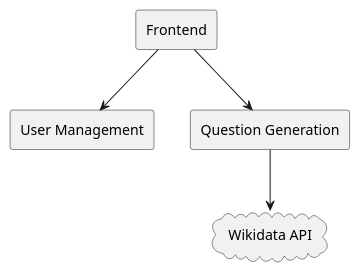
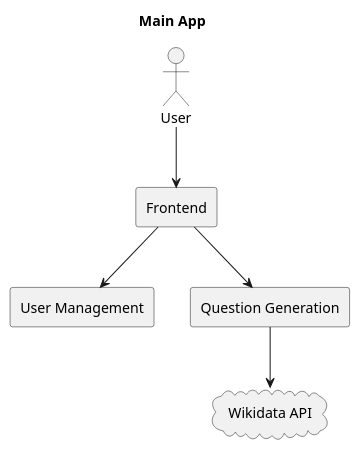
Before and after one commit to UO289930/wiq_en3a: the second of 3 diagrams in docs/src/05_building_block_view.adoc, drawn with PlantUML. The commit also changed other lines of this file and 1 other file, not shown here.

```diff
--- a/docs/src/05_building_block_view.adoc
+++ b/docs/src/05_building_block_view.adoc
@@ -66,18 +180,22 @@
 [plantuml, format="png"]
 ----
 @startuml
+title Main App
+
 ' Define custom style for components
 skinparam componentStyle uml2
 
 ' Define components as rectangles without default stereotypes
 rectangle Frontend
 rectangle "User Management" as UserManagement
 rectangle "Question Generation" as QuestionGeneration
 cloud "Wikidata API" as WikidataAPI
+actor "User" as User
 
 ' Define connections
+User --> Frontend
 Frontend --> UserManagement
 Frontend --> QuestionGeneration
 QuestionGeneration --> WikidataAPI
 @enduml
 ----
```
